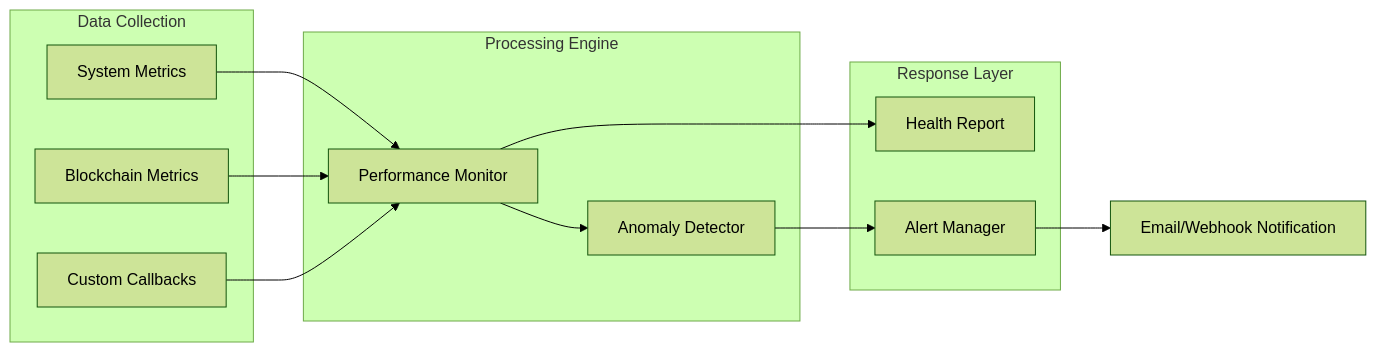
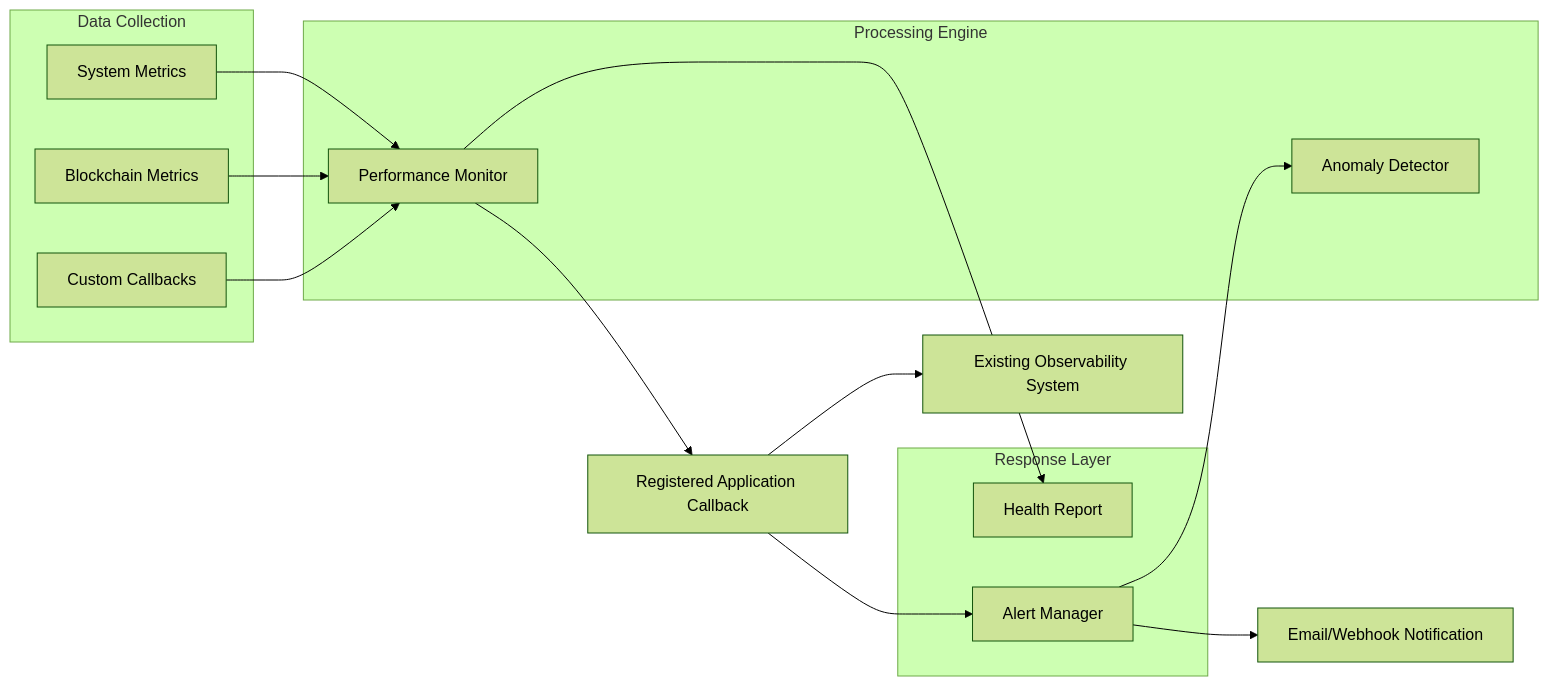
One commit to VanDung-dev/HieraChain changed the diagram in docs/en/modules/monitoring.md. Above: the diagram before and after it, drawn with Mermaid (forest theme). The commit also changed other lines of this file and 1 other file, not shown here.

````diff
--- a/docs/en/modules/monitoring.md
+++ b/docs/en/modules/monitoring.md
@@ -57,24 +59,26 @@
 ```mermaid
 graph LR
     subgraph "Data Collection"
         A[System Metrics]
         B[Blockchain Metrics]
         C[Custom Callbacks]
     end
 
     subgraph "Processing Engine"
         D[Performance Monitor]
         E[Anomaly Detector]
     end
 
     subgraph "Response Layer"
         F[Health Report]
         G[Alert Manager]
     end
 
     A & B & C --> D
-    D --> E
-    E --> G
     D --> F
+    D --> K[Registered Application Callback]
+    K --> J[Existing Observability System]
+    K --> G
+    G --> E
     G --> H[Email/Webhook Notification]
 ```
````
